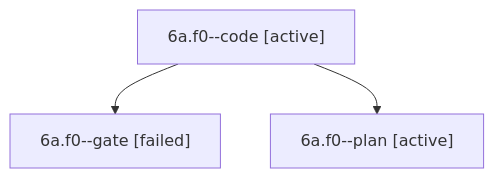
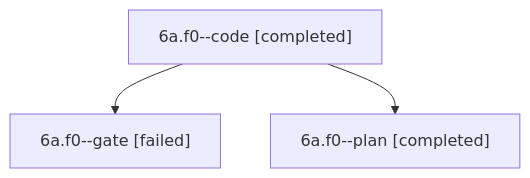
Before and after one commit to bobs-org/bob-cli--agents: the diagram in sessions/bbugyi200.apollo.6a.f0.md, drawn with Mermaid. The commit also changed other lines of this file and 109 other files, not shown here.

````diff
--- a/sessions/bbugyi200.apollo.6a.f0.md
+++ b/sessions/bbugyi200.apollo.6a.f0.md
@@ -9,8 +9,8 @@
 ```mermaid
 flowchart TD
-  n0["6a.f0--code [active]"]
+  n0["6a.f0--code [completed]"]
   n1["6a.f0--gate [failed]"]
   n0 --> n1
-  n2["6a.f0--plan [active]"]
+  n2["6a.f0--plan [completed]"]
   n0 --> n2
 ```
````
